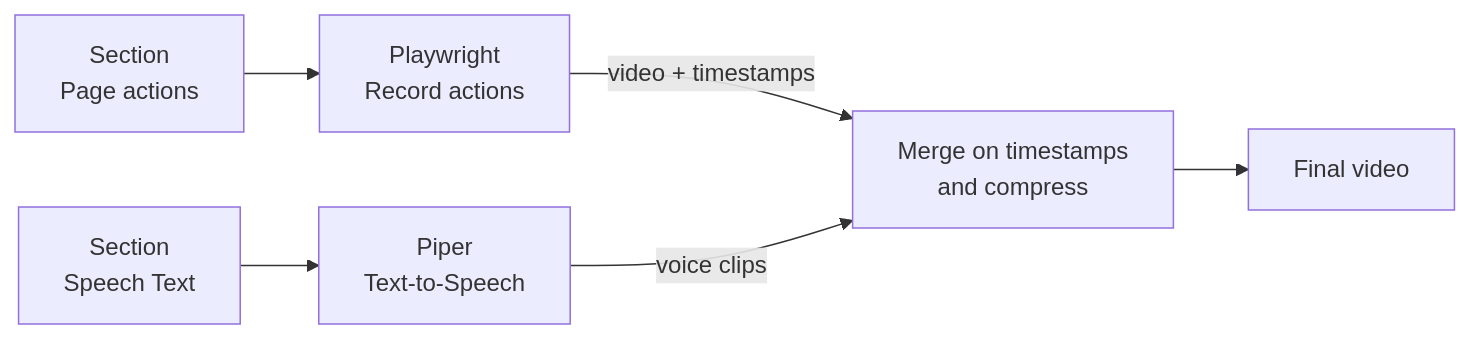
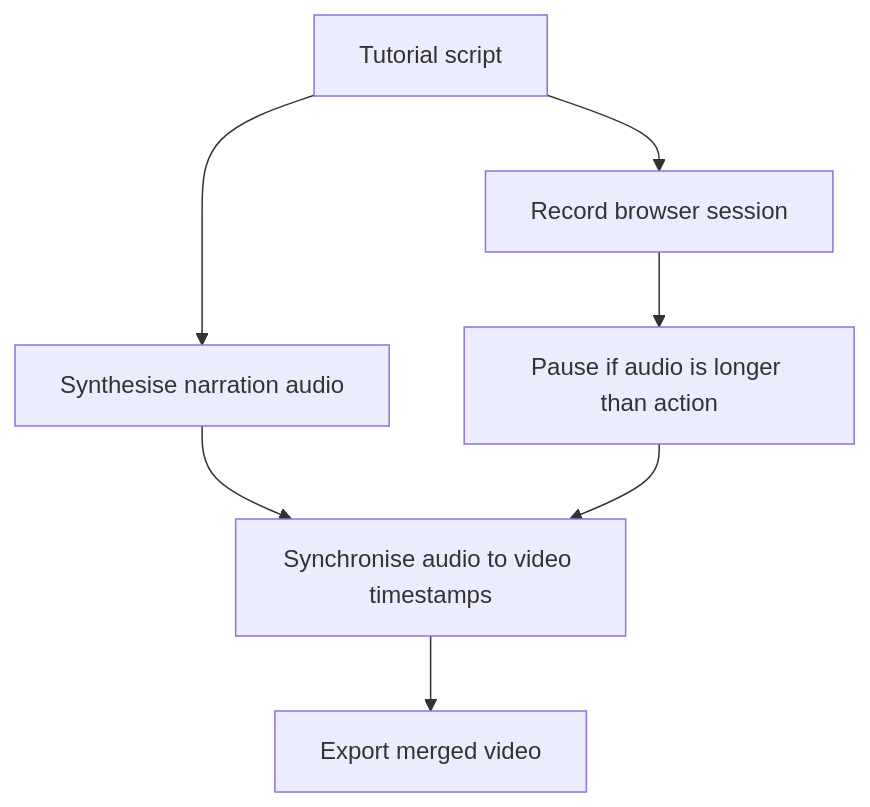
Before and after one commit to charnley/blog: the diagram in _drafts/2025-12-21-automated-tutorial-recording-playwright.md, drawn with Mermaid. The commit also changed other lines of this file, not shown here.

````diff
--- a/_drafts/2025-12-21-automated-tutorial-recording-playwright.md
+++ b/_drafts/2025-12-21-automated-tutorial-recording-playwright.md
@@ -152,12 +154,9 @@
 ```mermaid
-flowchart LR
-
-    actions[Section<br /> Page actions] --> Playwright[Playwright<br/>Record actions]
-    text[Section <br/> Speech Text] --> TTS[Piper<br/>Text-to-Speech]
-
-    Playwright -->|video + timestamps| Combine[Merge on timestamps<br />and compress]
-    TTS -->|voice clips| Combine
-
-    Combine --> Final[Final video]
-
+flowchart TD
+    A[Tutorial script] --> B[Synthesise narration audio]
+    A --> C[Record browser session]
+    C --> C2[Pause if audio is longer than action]
+    B --> D[Synchronise audio to video timestamps]
+    C2 --> D
+    D --> E[Export merged video]
 ```
````
